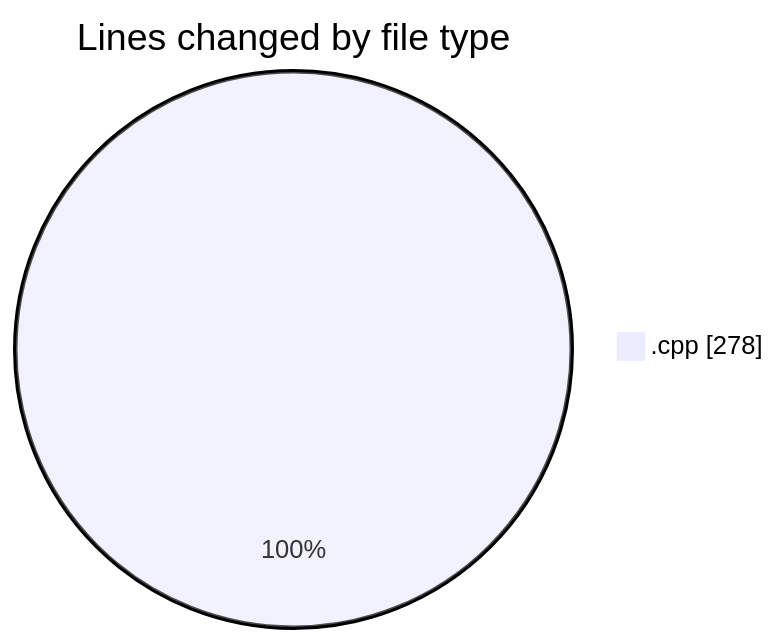
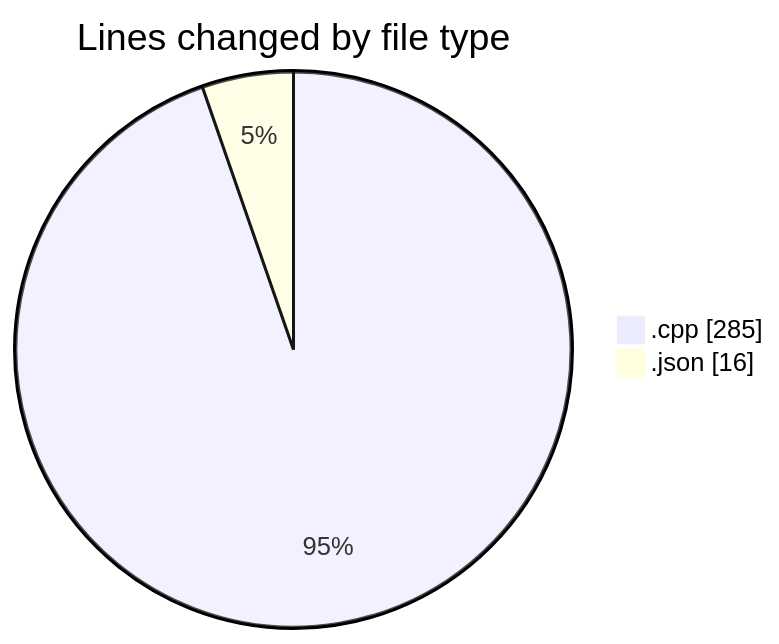
The first of 2 diagrams in 2025-04-26/echo/README.md (Netris89/code-tracking), drawn with Mermaid before and after one commit. The commit also changed other lines of this file and 1 other file, not shown here.

````diff
--- a/2025-04-26/echo/README.md
+++ b/2025-04-26/echo/README.md
@@ -20,5 +21,6 @@
 ```mermaid
 pie showData
 title Lines changed by file type
-".cpp" : 278
+".cpp" : 285
+".json" : 16
 ```
````
